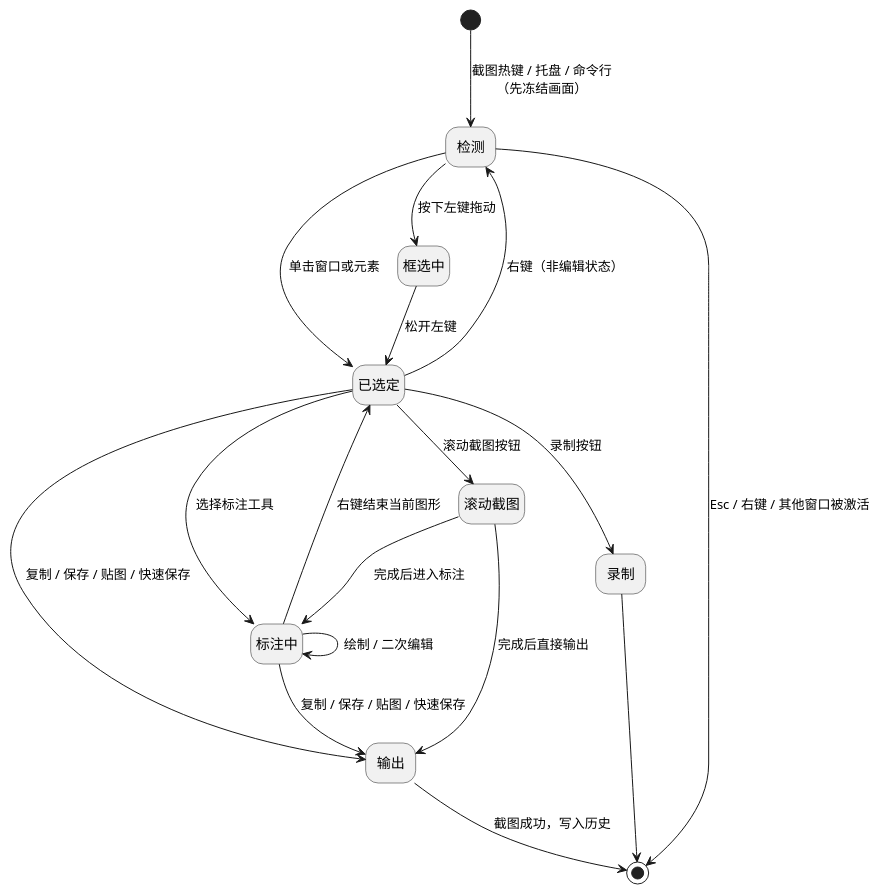
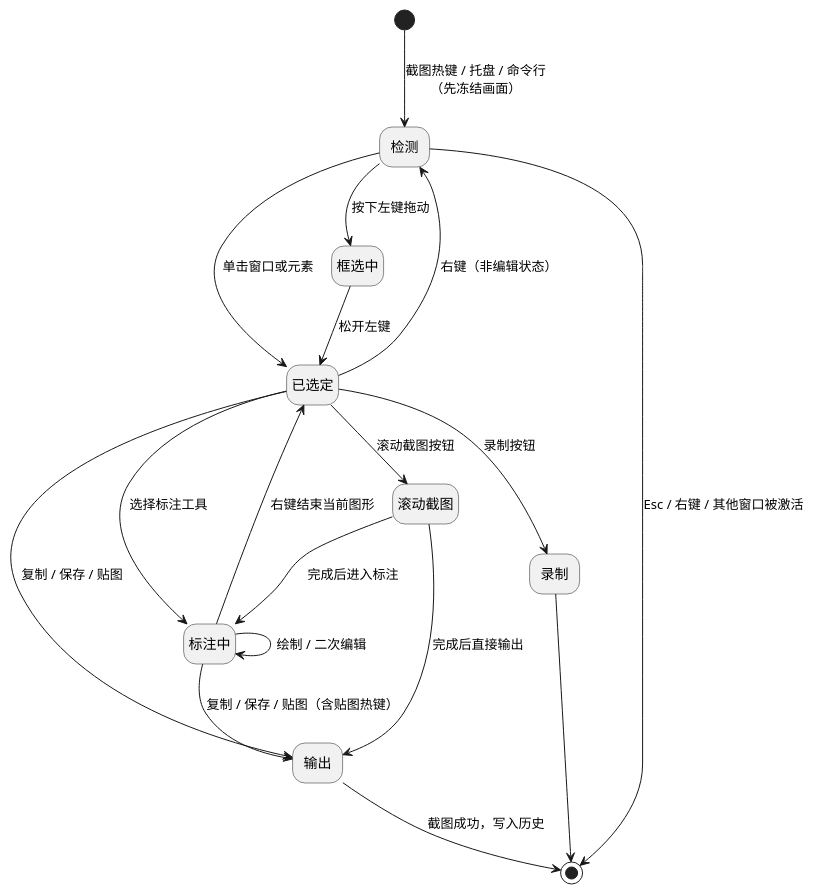
One commit to crvsrvn/ScreenShot changed the second of 4 diagrams in docs/01-requirements.md. Above: the diagram before and after it, drawn with PlantUML. The commit also changed other lines of this file and 88 other files, not shown here.

````diff
--- a/docs/01-requirements.md
+++ b/docs/01-requirements.md
@@ -143,22 +140,22 @@
 ```plantuml caption="截图会话状态"
 @startuml
 hide empty description
 [*] --> 检测 : 截图热键 / 托盘 / 命令行\n（先冻结画面）
 检测 --> 框选中 : 按下左键拖动
 检测 --> 已选定 : 单击窗口或元素
 检测 --> [*] : Esc / 右键 / 其他窗口被激活
 框选中 --> 已选定 : 松开左键
 已选定 --> 标注中 : 选择标注工具
 标注中 --> 标注中 : 绘制 / 二次编辑
 标注中 --> 已选定 : 右键结束当前图形
 已选定 --> 检测 : 右键（非编辑状态）
-已选定 --> 输出 : 复制 / 保存 / 贴图 / 快速保存
-标注中 --> 输出 : 复制 / 保存 / 贴图 / 快速保存
+已选定 --> 输出 : 复制 / 保存 / 贴图
+标注中 --> 输出 : 复制 / 保存 / 贴图（含贴图热键）
 已选定 --> 滚动截图 : 滚动截图按钮
 已选定 --> 录制 : 录制按钮
 滚动截图 --> 标注中 : 完成后进入标注
 滚动截图 --> 输出 : 完成后直接输出
 输出 --> [*] : 截图成功，写入历史
 录制 --> [*]
 @enduml
 ```
````
